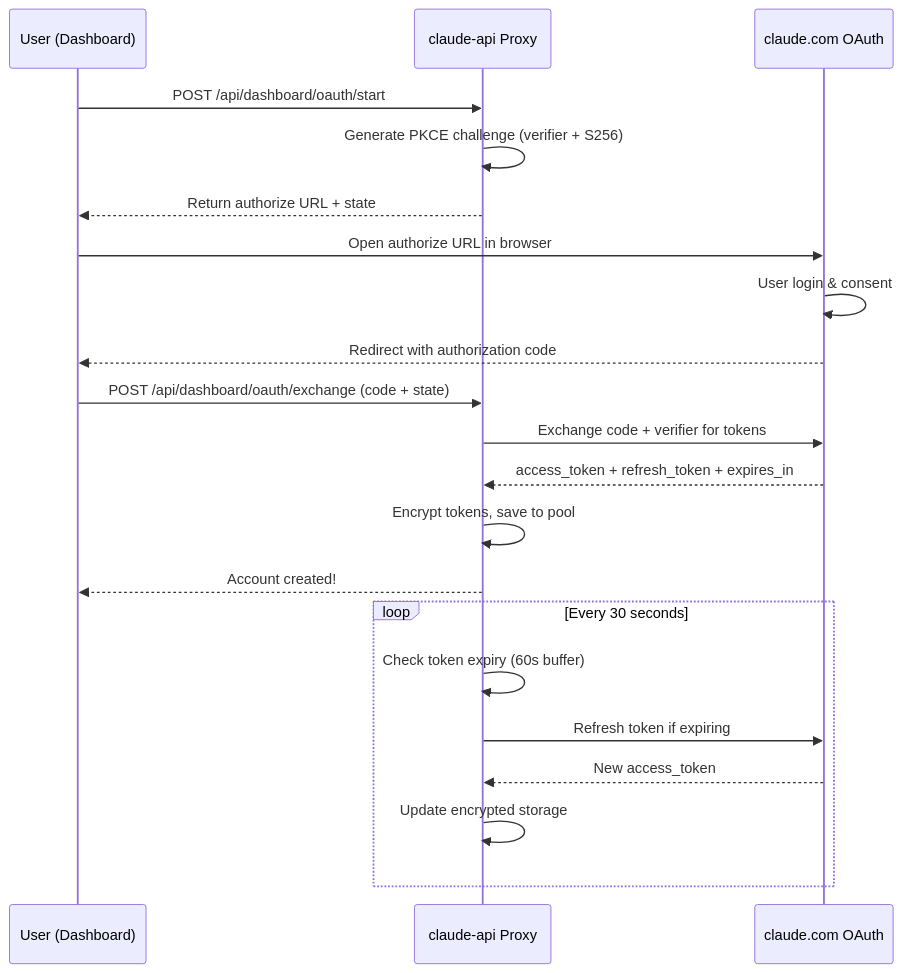
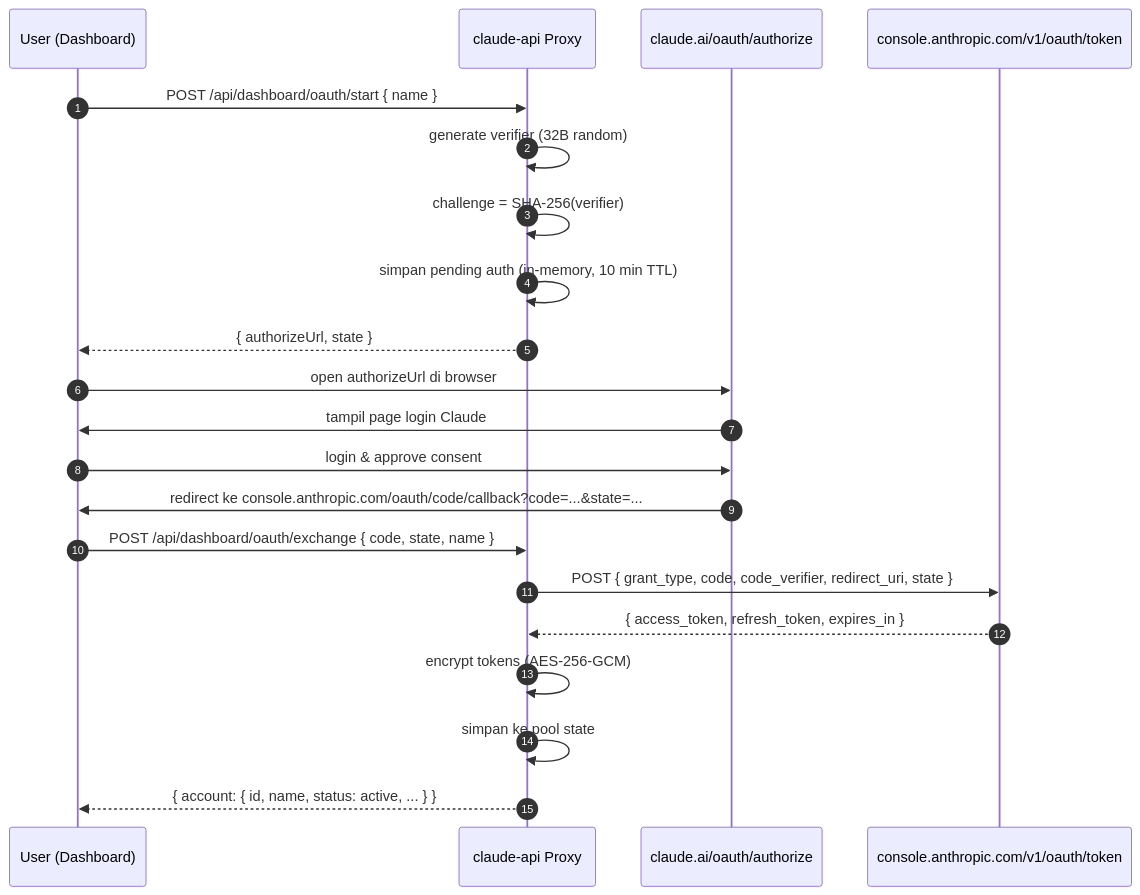
Before and after one commit to el-pablos/claude-api: the third of 5 diagrams in README.md, drawn with Mermaid. The commit also changed other lines of this file, not shown here.

Commit message:
docs: rewrite total readme jadi 4300+ kata bahasa indonesia kasual lengkap arsitektur erd flowchart screenshots tiap tab dashboard kontributor dan stats repo

````diff
--- a/README.md
+++ b/README.md
@@ -119,27 +294,24 @@
 ```mermaid
 sequenceDiagram
+    autonumber
     participant U as User (Dashboard)
     participant P as claude-api Proxy
-    participant C as claude.com OAuth
+    participant CA as claude.ai/oauth/authorize
+    participant CO as console.anthropic.com/v1/oauth/token
 
-    U->>P: POST /api/dashboard/oauth/start
-    P->>P: Generate PKCE challenge (verifier + S256)
-    P-->>U: Return authorize URL + state
-
-    U->>C: Open authorize URL in browser
-    C->>C: User login & consent
-    C-->>U: Redirect with authorization code
-
-    U->>P: POST /api/dashboard/oauth/exchange (code + state)
-    P->>C: Exchange code + verifier for tokens
-    C-->>P: access_token + refresh_token + expires_in
-    P->>P: Encrypt tokens, save to pool
-    P-->>U: Account created!
-
-    loop Every 30 seconds
-        P->>P: Check token expiry (60s buffer)
-        P->>C: Refresh token if expiring
-        C-->>P: New access_token
-        P->>P: Update encrypted storage
-    end
+    U->>P: POST /api/dashboard/oauth/start { name }
+    P->>P: generate verifier (32B random)
+    P->>P: challenge = SHA-256(verifier)
+    P->>P: simpan pending auth (in-memory, 10 min TTL)
+    P-->>U: { authorizeUrl, state }
+    U->>CA: open authorizeUrl di browser
+    CA->>U: tampil page login Claude
+    U->>CA: login & approve consent
+    CA->>U: redirect ke console.anthropic.com/oauth/code/callback?code=...&state=...
+    U->>P: POST /api/dashboard/oauth/exchange { code, state, name }
+    P->>CO: POST { grant_type, code, code_verifier, redirect_uri, state }
+    CO-->>P: { access_token, refresh_token, expires_in }
+    P->>P: encrypt tokens (AES-256-GCM)
+    P->>P: simpan ke pool state
+    P-->>U: { account: { id, name, status: active, ... } }
 ```
````
